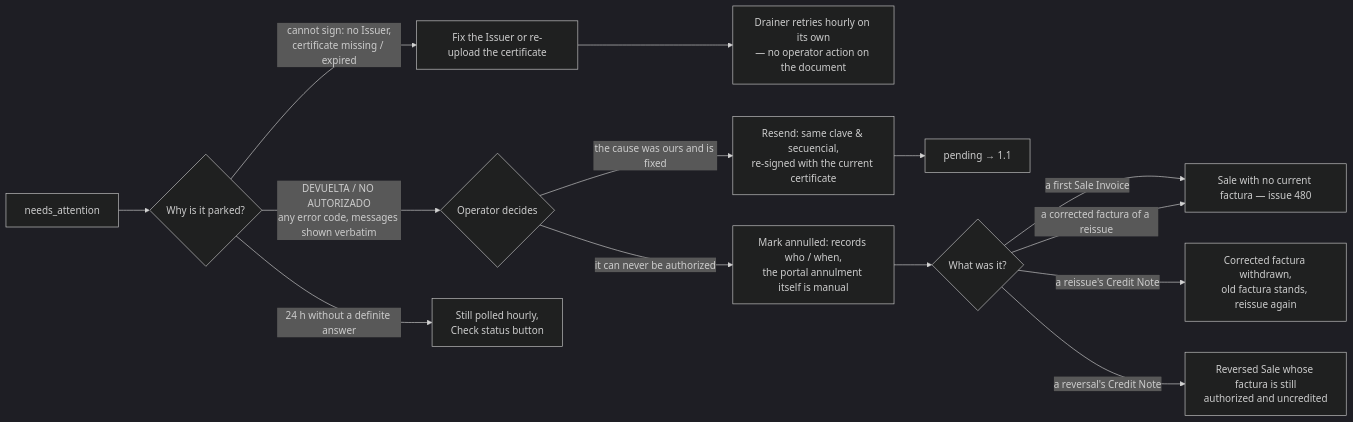
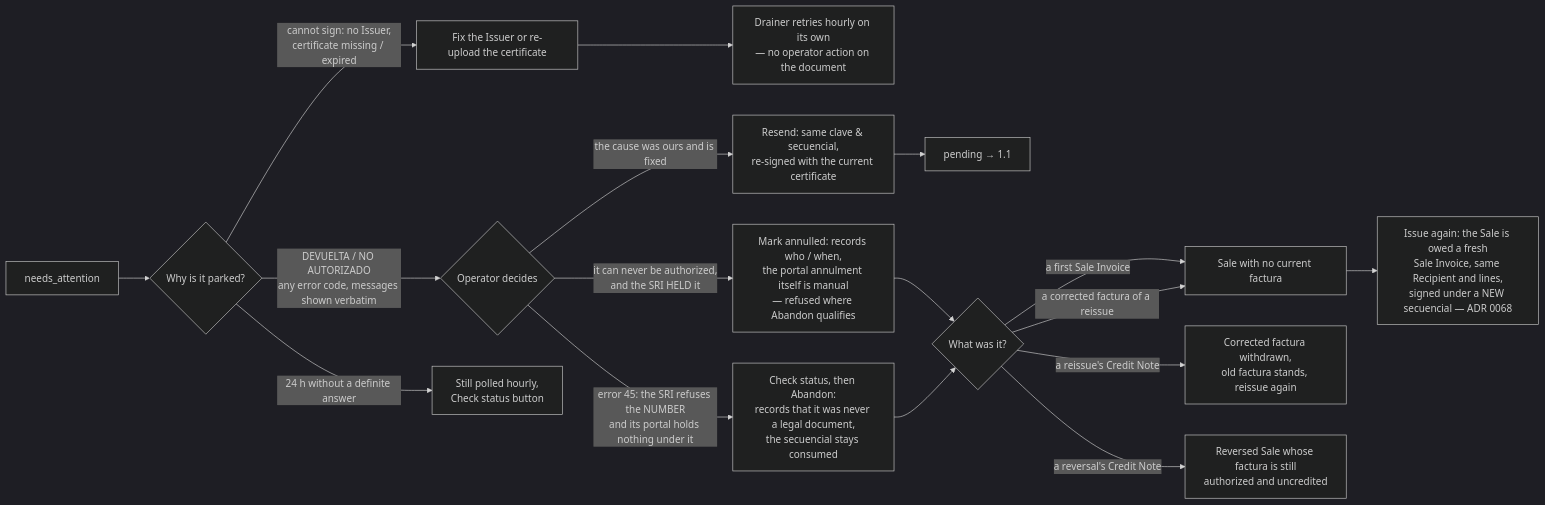
Before and after one commit to redplanettribe/ticket_pos: the sixth of 6 diagrams in docs/sri-invoicing-flows.md, drawn with Mermaid (dark theme). The commit also changed other lines of this file and 2 other files, not shown here.

````diff
--- a/docs/sri-invoicing-flows.md
+++ b/docs/sri-invoicing-flows.md
@@ -217,16 +234,19 @@
 ```mermaid
 flowchart LR
     NA[needs_attention] --> WHY{Why is it parked?}
     WHY -->|cannot sign: no Issuer,<br/>certificate missing / expired| FIX[Fix the Issuer or re-upload the certificate]
     FIX --> AUTO[Drainer retries hourly on its own<br/>— no operator action on the document]
     WHY -->|DEVUELTA / NO AUTORIZADO<br/>any error code, messages shown verbatim| DEC{Operator decides}
     WHY -->|24 h without a definite answer| POLL[Still polled hourly,<br/>Check status button]
     DEC -->|the cause was ours and is fixed| RS[Resend: same clave & secuencial,<br/>re-signed with the current certificate]
     RS --> PEND[pending → 1.1]
-    DEC -->|it can never be authorized| ANN[Mark annulled: records who / when,<br/>the portal annulment itself is manual]
+    DEC -->|it can never be authorized,<br/>and the SRI HELD it| ANN[Mark annulled: records who / when,<br/>the portal annulment itself is manual<br/>— refused where Abandon qualifies]
+    DEC -->|error 45: the SRI refuses the NUMBER<br/>and its portal holds nothing under it| ABN[Check status, then Abandon:<br/>records that it was never a legal document,<br/>the secuencial stays consumed]
     ANN --> DEADF{What was it?}
-    DEADF -->|a first Sale Invoice| GAP[Sale with no current factura — issue 480]
+    ABN --> DEADF
+    DEADF -->|a first Sale Invoice| GAP[Sale with no current factura]
     DEADF -->|a corrected factura of a reissue| GAP
+    GAP --> AGAIN[Issue again: the Sale is owed a fresh<br/>Sale Invoice, same Recipient and lines,<br/>signed under a NEW secuencial — ADR 0068]
     DEADF -->|a reissue's Credit Note| BACK[Corrected factura withdrawn,<br/>old factura stands, reissue again]
     DEADF -->|a reversal's Credit Note| UNCR[Reversed Sale whose factura is still<br/>authorized and uncredited]
 ```
````
